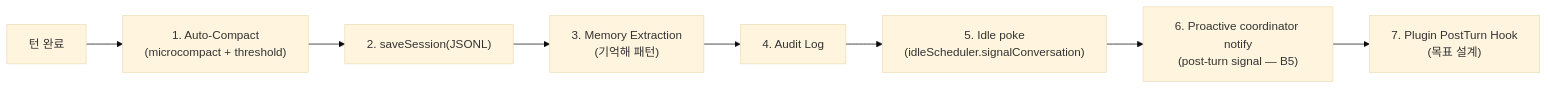
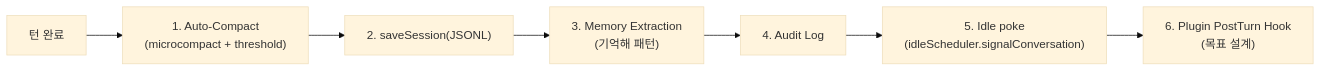
Diagram 12 of 44 in docs/architecture/architecture.md (lvis-project/lvis-app), drawn with Mermaid (base theme) before and after one commit. The commit also changed other lines of this file and 49 other files, not shown here.

````diff
--- a/docs/architecture/architecture.md
+++ b/docs/architecture/architecture.md
@@ -859,12 +854,11 @@
 ```mermaid
 flowchart LR
     TURN_DONE["턴 완료"]
 
     TURN_DONE --> COMPACT_CHK["1. Auto-Compact<br/>(microcompact + threshold)"]
     COMPACT_CHK --> SAVE["2. saveSession(JSONL)"]
     SAVE --> MEM_EXT["3. Memory Extraction<br/>(기억해 패턴)"]
     MEM_EXT --> AUDIT_LOG["4. Audit Log"]
     AUDIT_LOG --> IDLE["5. Idle poke<br/>(idleScheduler.signalConversation)"]
-    IDLE --> PROACTIVE_NOTIFY["6. Proactive coordinator notify<br/>(post-turn signal — B5)"]
-    PROACTIVE_NOTIFY --> PLUGIN_HOOK["7. Plugin PostTurn Hook<br/>(목표 설계)"]
+    IDLE --> PLUGIN_HOOK["6. Plugin PostTurn Hook<br/>(목표 설계)"]
 ```
````
